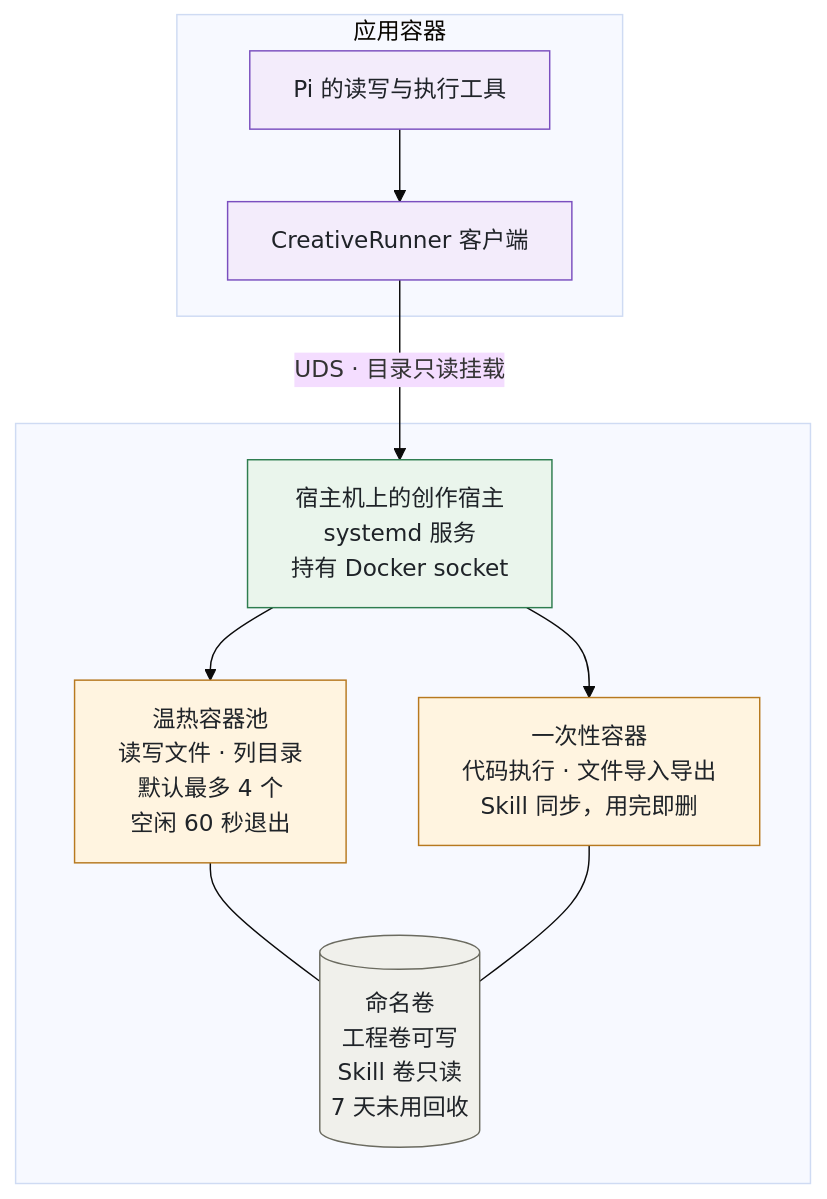
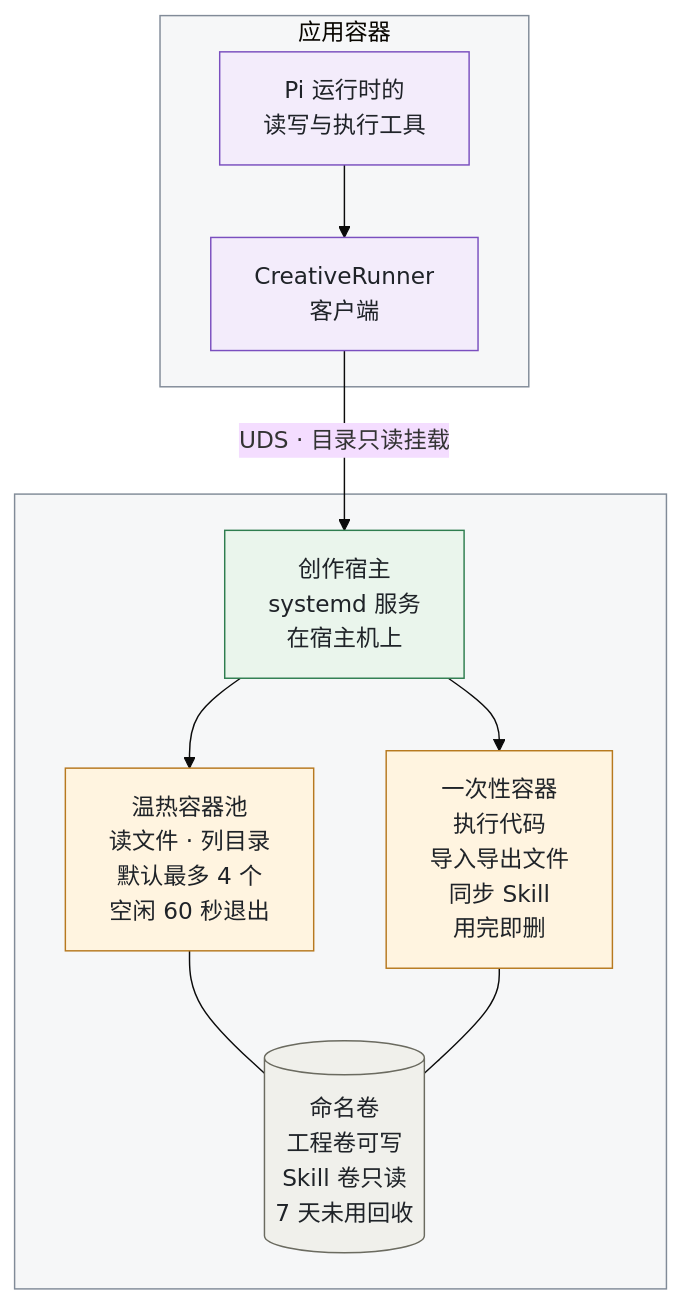
Before and after one commit to yaoziyaoguai/video-factory: the sixth of 11 diagrams in README.md, drawn with Mermaid (base theme). The commit also changed other lines of this file, not shown here.

First line of the commit message:
docs(readme): make the Mermaid diagrams render cleanly on GitHub [skip ci]

````diff
--- a/README.md
+++ b/README.md
@@ -226,28 +233,31 @@
 ```mermaid
 flowchart TB
   subgraph APP["应用容器"]
-    TOOLS["Pi 的读写与执行工具"] --> CLIENT["CreativeRunner 客户端"]
+    TOOLS["Pi 运行时的<br/>读写与执行工具"] --> CLIENT["CreativeRunner<br/>客户端"]
   end
 
   CLIENT -->|"UDS · 目录只读挂载"| HOST
 
   subgraph HOSTSIDE[" "]
-    HOST["宿主机上的创作宿主<br/>systemd 服务<br/>持有 Docker socket"]
-    WARM["温热容器池<br/>读写文件 · 列目录<br/>默认最多 4 个<br/>空闲 60 秒退出"]
-    ONESHOT["一次性容器<br/>代码执行 · 文件导入导出<br/>Skill 同步，用完即删"]
+    HOST["创作宿主<br/>systemd 服务<br/>在宿主机上"]
+    WARM["温热容器池<br/>读文件 · 列目录<br/>默认最多 4 个<br/>空闲 60 秒退出"]
+    ONESHOT["一次性容器<br/>执行代码<br/>导入导出文件<br/>同步 Skill<br/>用完即删"]
     VOLUME[("命名卷<br/>工程卷可写<br/>Skill 卷只读<br/>7 天未用回收")]
     HOST --> WARM
     HOST --> ONESHOT
     WARM --- VOLUME
     ONESHOT --- VOLUME
   end
+
+  style APP fill:#818B9812,stroke:#818B98
+  style HOSTSIDE fill:#818B9812,stroke:#818B98
 
   classDef cAgent fill:#F3ECFB,stroke:#7A4FBF,color:#1F2328
   classDef cSvc fill:#EAF5EC,stroke:#2E7D4F,color:#1F2328
   classDef cBox fill:#FFF4E0,stroke:#B7791F,color:#1F2328
   classDef cData fill:#F0F0EB,stroke:#6B6B60,color:#1F2328
   class TOOLS,CLIENT cAgent
   class HOST cSvc
   class WARM,ONESHOT cBox
   class VOLUME cData
 ```
````
